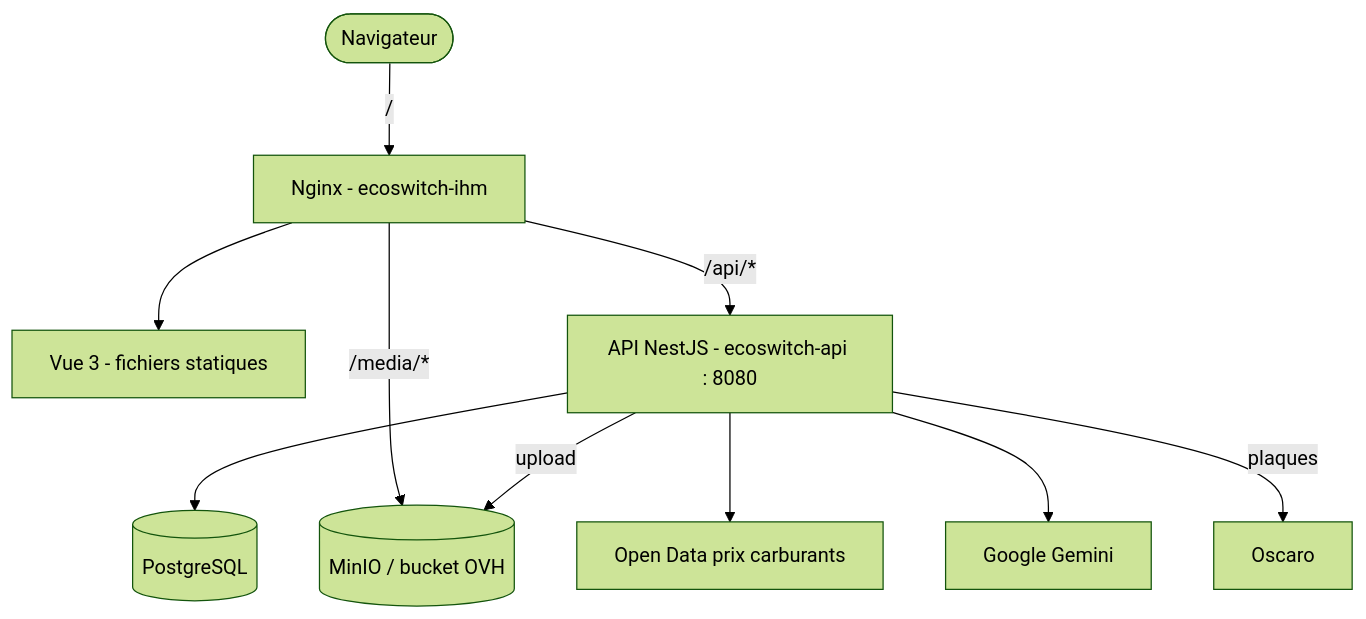
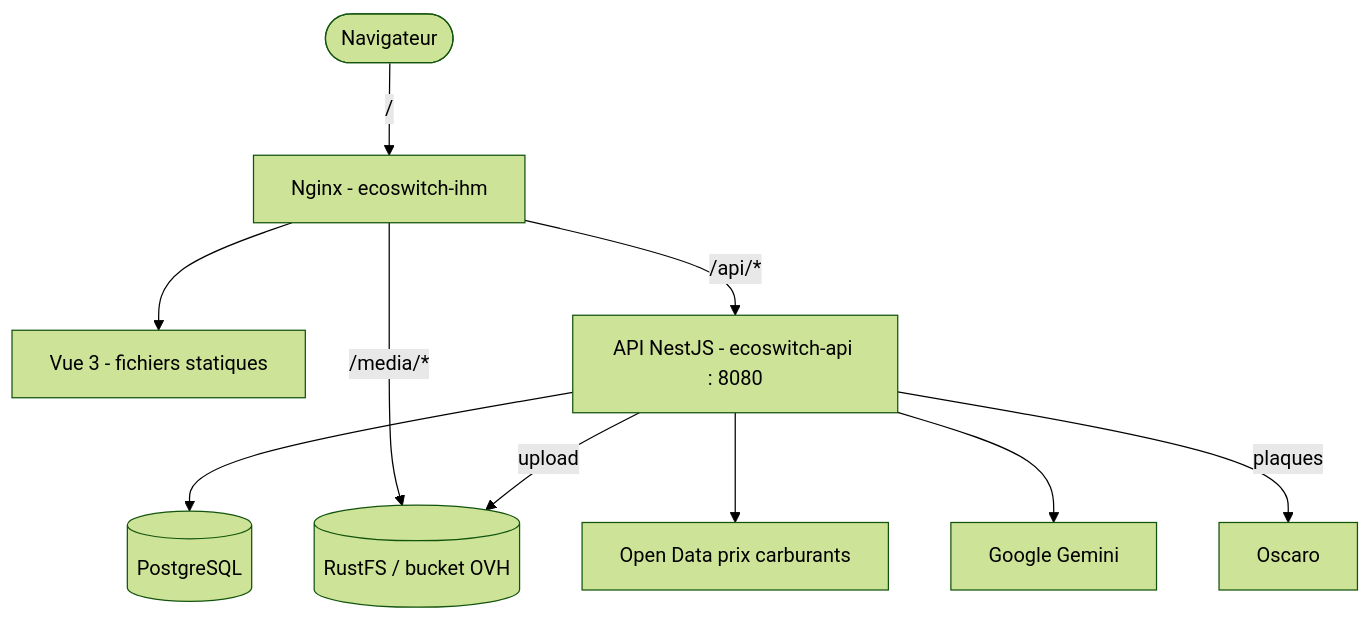
The diagram in docs/TECHNICAL.md (will971/ecoswitch), drawn with Mermaid (forest theme) before and after one commit. The commit also changed other lines of this file and 18 other files, not shown here.

First line of the commit message:
fix(infra): remplacer MinIO par RustFS et valider la stack de bout en bout

````diff
--- a/docs/TECHNICAL.md
+++ b/docs/TECHNICAL.md
@@ -5,22 +5,22 @@
 ```mermaid
 graph TD
     User([Navigateur])
     Nginx[Nginx - ecoswitch-ihm]
     Vue[Vue 3 - fichiers statiques]
     API[API NestJS - ecoswitch-api : 8080]
     PG[(PostgreSQL)]
-    S3[(MinIO / bucket OVH)]
+    S3[(RustFS / bucket OVH)]
     OD[Open Data prix carburants]
     GM[Google Gemini]
     OS[Oscaro]
 
     User -->|/| Nginx
     Nginx --> Vue
     Nginx -->|/api/*| API
     Nginx -->|/media/*| S3
     API --> PG
     API -->|upload| S3
     API --> OD
     API --> GM
     API -->|plaques| OS
 ```
````
